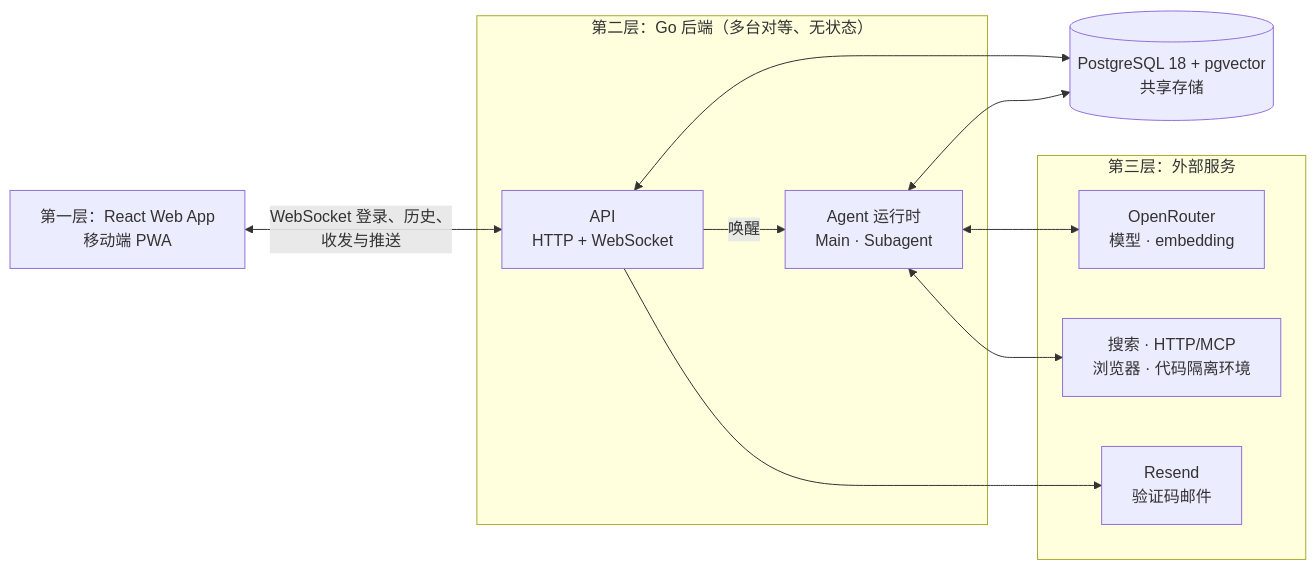
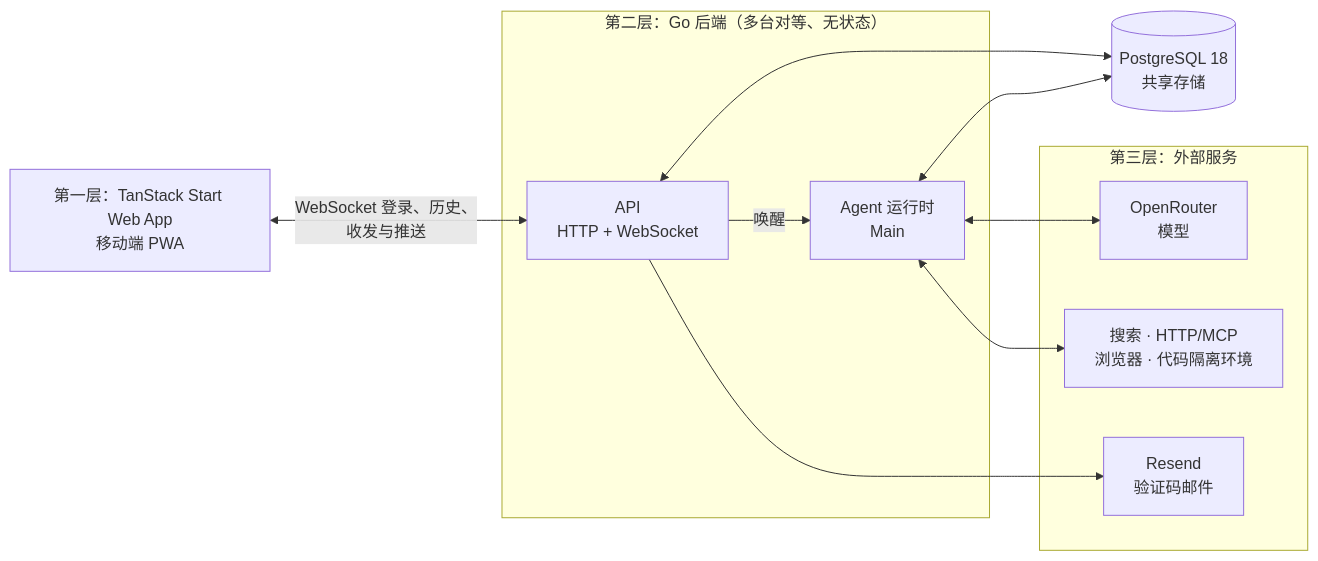
Before and after one commit to OmniNetOpensource/aether-personal: the diagram in docs/wiki/01-overview.md, drawn with Mermaid. The commit also changed other lines of this file and 12 other files, not shown here.

First line of the commit message:
docs: record Main runtime and rich chat design

````diff
--- a/docs/wiki/01-overview.md
+++ b/docs/wiki/01-overview.md
@@ -24,22 +24,22 @@
 ```mermaid
 flowchart LR
-    APP["第一层：React Web App<br/>移动端 PWA"]
+    APP["第一层：TanStack Start Web App<br/>移动端 PWA"]
     subgraph BACKEND["第二层：Go 后端（多台对等、无状态）"]
         API["API<br/>HTTP + WebSocket"]
-        RUNTIME["Agent 运行时<br/>Main · Subagent"]
+        RUNTIME["Agent 运行时<br/>Main"]
     end
-    DB[("PostgreSQL 18 + pgvector<br/>共享存储")]
+    DB[("PostgreSQL 18<br/>共享存储")]
     subgraph EXTERNAL["第三层：外部服务"]
-        OPENROUTER["OpenRouter<br/>模型 · embedding"]
+        OPENROUTER["OpenRouter<br/>模型"]
         RESEND["Resend<br/>验证码邮件"]
         TOOLS["搜索 · HTTP/MCP<br/>浏览器 · 代码隔离环境"]
     end
 
     APP <-->|"WebSocket 登录、历史、<br/>收发与推送"| API
     API <--> DB
     RUNTIME <--> DB
     API -->|"唤醒"| RUNTIME
     RUNTIME <--> OPENROUTER
     API --> RESEND
     RUNTIME <--> TOOLS
 ```
````
